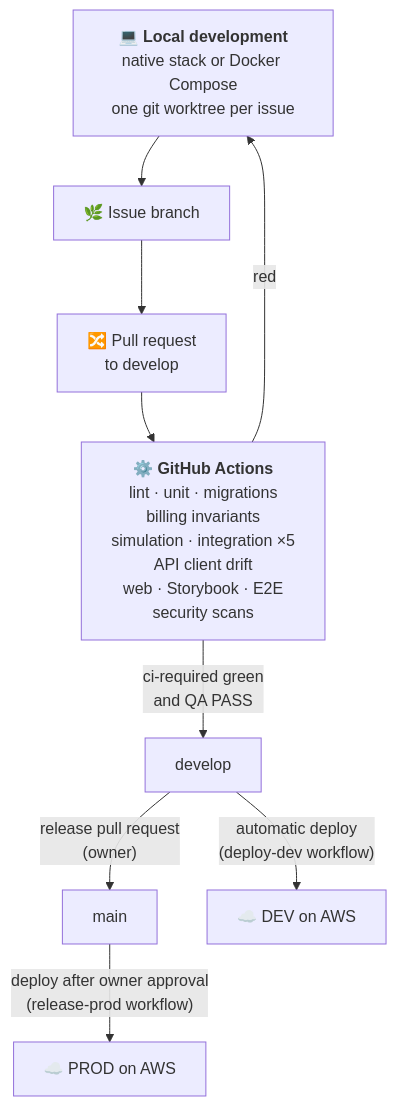
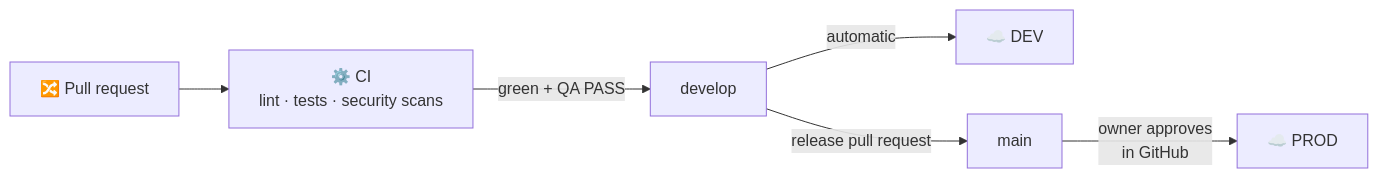
One commit to JaimeSolisS/classora changed the second of 3 diagrams in README.md. Above: the diagram before and after it, drawn with Mermaid. The commit also changed other lines of this file and 19 other files, not shown here.

````diff
--- a/README.md
+++ b/README.md
@@ -1349,18 +151,8 @@
 ```mermaid
-flowchart TB
-  local["💻 <b>Local development</b><br/>native stack or Docker Compose<br/>one git worktree per issue"]
-  branch["🌿 Issue branch"]
-  pr["🔀 Pull request<br/>to develop"]
-  ci["⚙️ <b>GitHub Actions</b><br/>lint · unit · migrations<br/>billing invariants<br/>simulation · integration ×5<br/>API client drift<br/>web · Storybook · E2E<br/>security scans"]
-  develop["develop"]
-  main["main"]
-  devenv["☁️ DEV on AWS"]
-  prodenv["☁️ PROD on AWS"]
-
-  local --> branch --> pr --> ci
-  ci -->|"ci-required green<br/>and QA PASS"| develop
-  ci -->|red| local
-  develop -->|"release pull request<br/>(owner)"| main
-  develop -->|"automatic deploy<br/>(deploy-dev workflow)"| devenv
-  main -->|"deploy after owner approval<br/>(release-prod workflow)"| prodenv
+flowchart LR
+  pr["🔀 Pull request"] --> ci["⚙️ CI<br/>lint · tests · security scans"]
+  ci -->|green + QA PASS| develop["develop"]
+  develop -->|automatic| dev["☁️ DEV"]
+  develop -->|release pull request| main["main"]
+  main -->|"owner approves<br/>in GitHub"| prod["☁️ PROD"]
 ```
````
